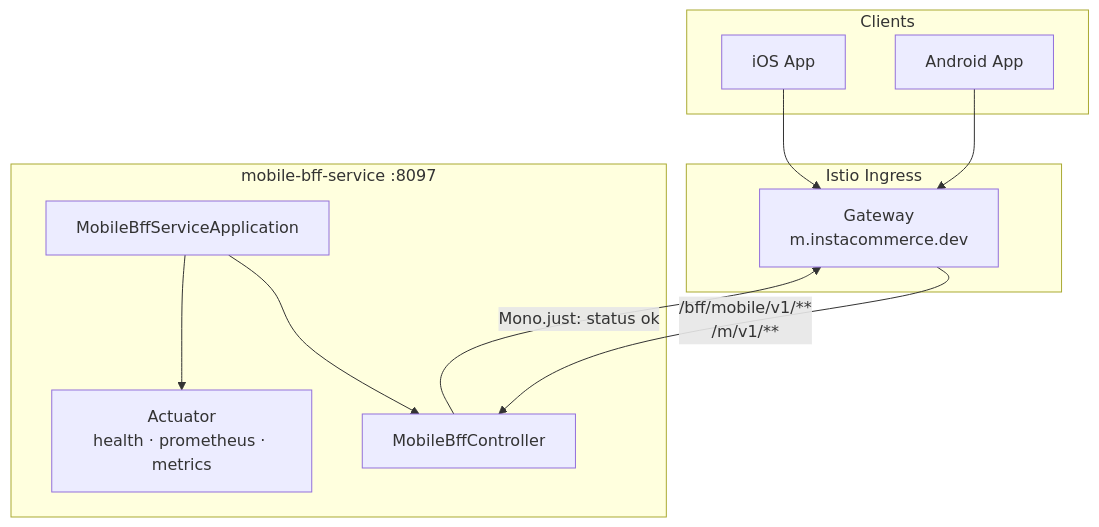
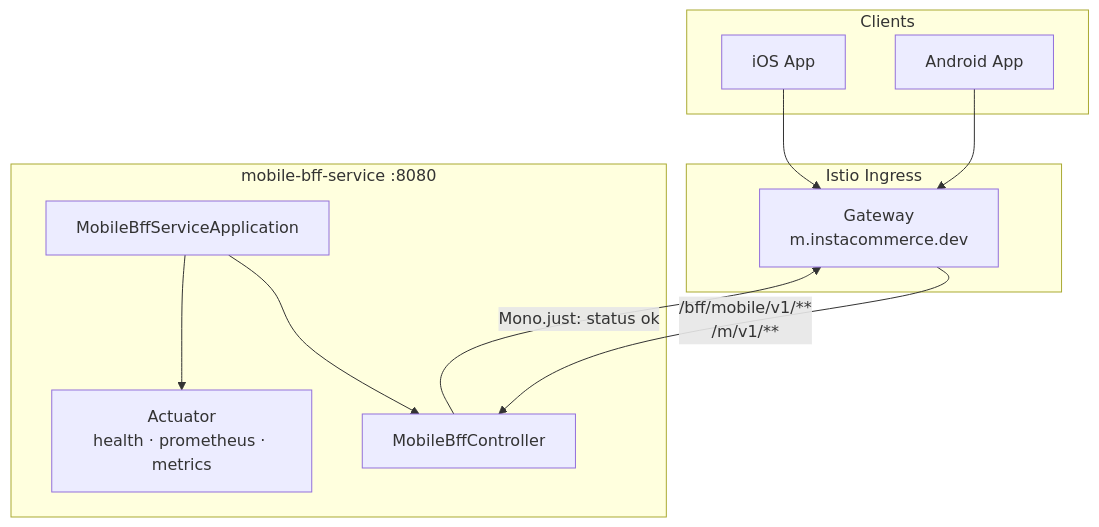
The first of 7 diagrams in services/mobile-bff-service/README.md (sunitakeazycommerz-a11y/InstaCommerce), drawn with Mermaid before and after one commit. The commit also changed 33 other files, not shown here.

````diff
--- a/services/mobile-bff-service/README.md
+++ b/services/mobile-bff-service/README.md
@@ -85,24 +85,24 @@
 ```mermaid
 graph TB
     subgraph Clients
         IOS["iOS App"]
         ANDROID["Android App"]
     end
 
     subgraph "Istio Ingress"
         IG["Gateway<br/>m.instacommerce.dev"]
     end
 
-    subgraph "mobile-bff-service :8097"
+    subgraph "mobile-bff-service :8080"
         APP["MobileBffServiceApplication"]
         CTRL["MobileBffController"]
         ACT["Actuator<br/>health · prometheus · metrics"]
     end
 
     IOS --> IG
     ANDROID --> IG
     IG -->|"/bff/mobile/v1/** <br/> /m/v1/**"| CTRL
     CTRL -->|"Mono.just: status ok"| IG
     APP --> CTRL
     APP --> ACT
 ```
````
